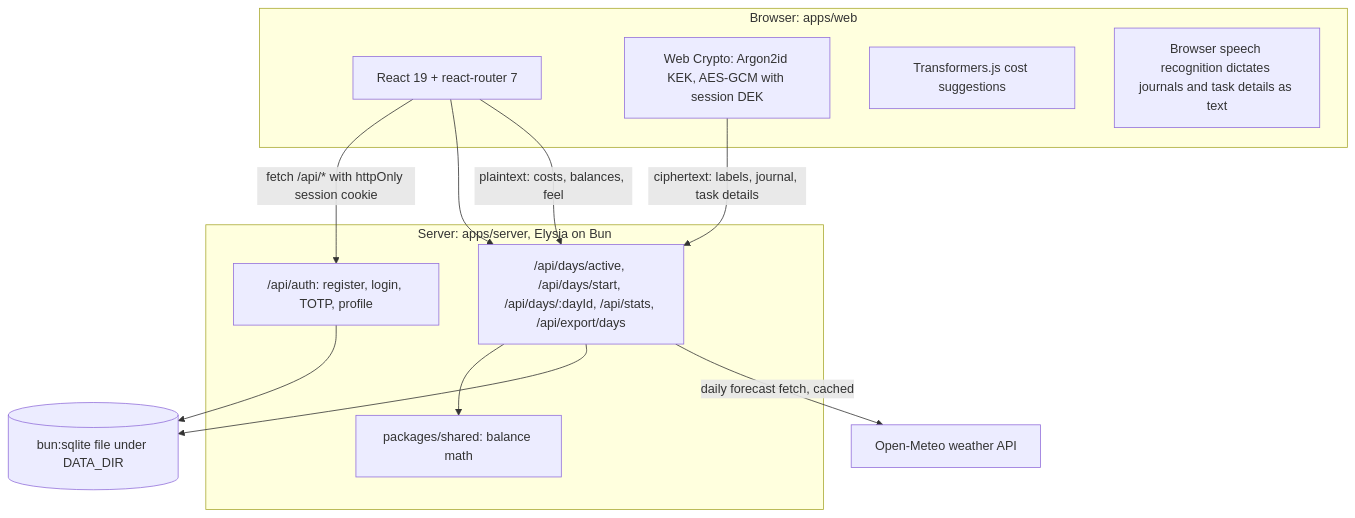
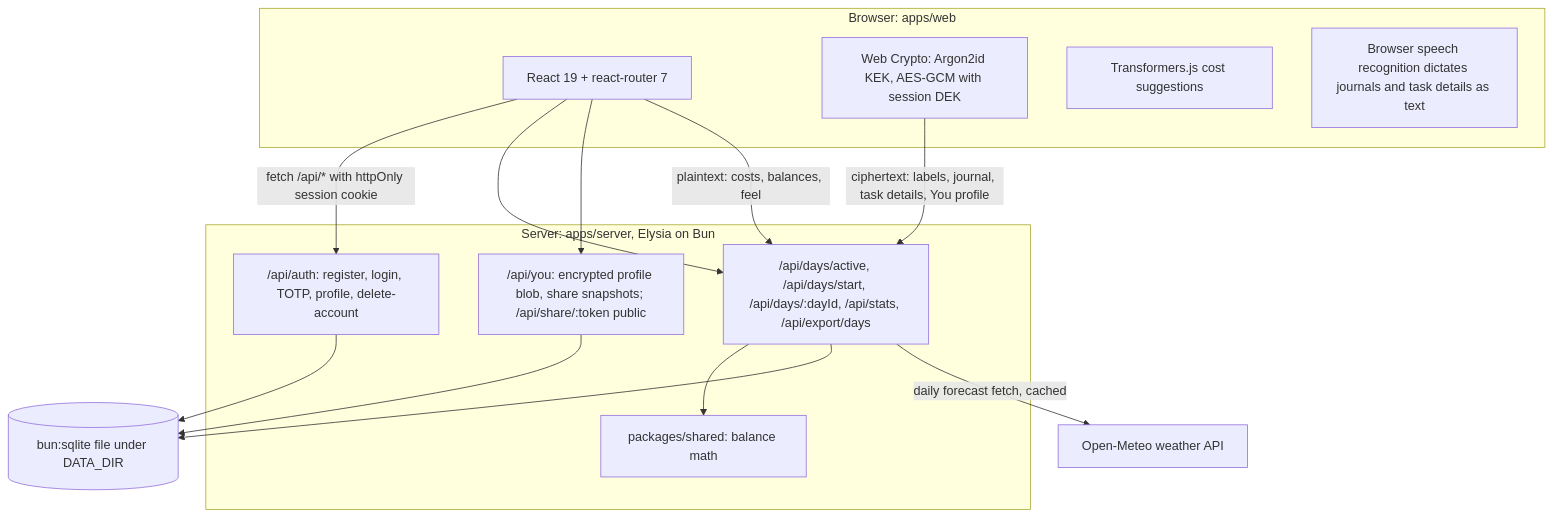
Before and after one commit to 97115104/energyaccounting: the first of 2 diagrams in ARCHITECTURE.md, drawn with Mermaid. The commit also changed other lines of this file and 35 other files, not shown here.

````diff
--- a/ARCHITECTURE.md
+++ b/ARCHITECTURE.md
@@ -7,24 +7,27 @@
 ```mermaid
 flowchart TB
   subgraph browser [Browser: apps/web]
     ui["React 19 + react-router 7"]
     webcrypto["Web Crypto: Argon2id KEK, AES-GCM with session DEK"]
     embed["Transformers.js cost suggestions"]
     speech["Browser speech recognition dictates journals and task details as text"]
   end
   subgraph server [Server: apps/server, Elysia on Bun]
-    authr["/api/auth: register, login, TOTP, profile"]
+    authr["/api/auth: register, login, TOTP, profile, delete-account"]
     daysr["/api/days/active, /api/days/start, /api/days/:dayId, /api/stats, /api/export/days"]
+    your["/api/you: encrypted profile blob, share snapshots; /api/share/:token public"]
     shared["packages/shared: balance math"]
   end
   db[("bun:sqlite file under DATA_DIR")]
   meteo["Open-Meteo weather API"]
   ui -->|"fetch /api/* with httpOnly session cookie"| authr
   ui --> daysr
-  webcrypto -->|"ciphertext: labels, journal, task details"| daysr
+  ui --> your
+  webcrypto -->|"ciphertext: labels, journal, task details, You profile"| daysr
   ui -->|"plaintext: costs, balances, feel"| daysr
   daysr --> shared
   authr --> db
   daysr --> db
+  your --> db
   daysr -->|"daily forecast fetch, cached"| meteo
 ```
````
